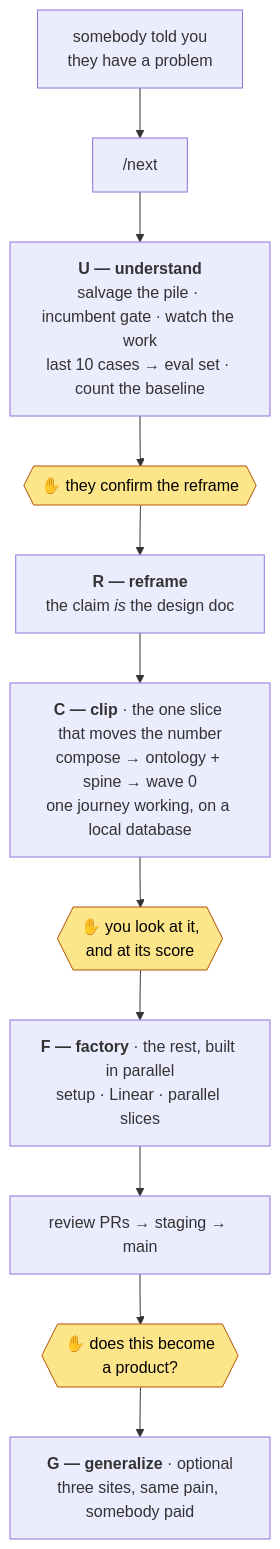
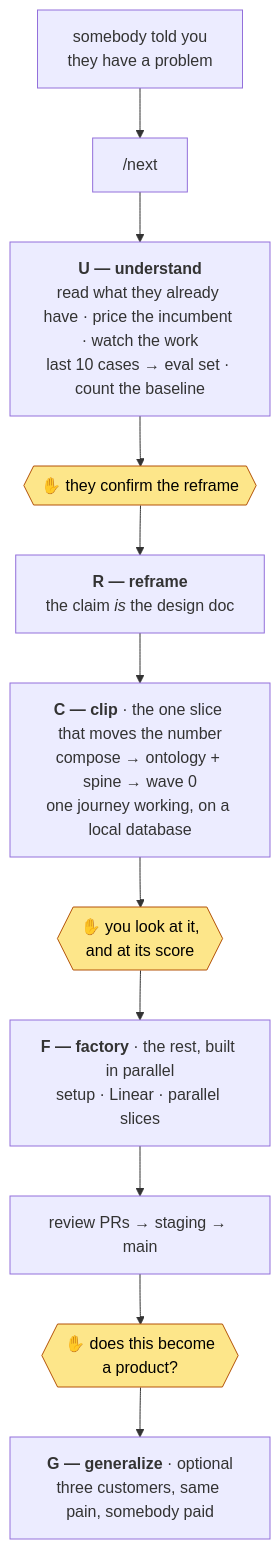
The first of 3 diagrams in README.md (hivinaynair/vipernxt), drawn with Mermaid before and after one commit. The commit also changed other lines of this file, not shown here.

First line of the commit message:
Say what the README is actually for.

````diff
--- a/README.md
+++ b/README.md
@@ -51,17 +57,17 @@
 ```mermaid
 flowchart TD
     IN["somebody told you<br/>they have a problem"] --> N["/next"]
-    N --> U["<b>U — understand</b><br/>salvage the pile · incumbent gate · watch the work<br/>last 10 cases → eval set · count the baseline"]
+    N --> U["<b>U — understand</b><br/>read what they already have · price the incumbent · watch the work<br/>last 10 cases → eval set · count the baseline"]
     U --> G1{{"✋ they confirm the reframe"}}
     G1 --> R["<b>R — reframe</b><br/>the claim <i>is</i> the design doc"]
     R --> C["<b>C — clip</b> · the one slice that moves the number<br/>compose → ontology + spine → wave 0<br/>one journey working, on a local database"]
     C --> G2{{"✋ you look at it,<br/>and at its score"}}
     G2 --> F["<b>F — factory</b> · the rest, built in parallel<br/>setup · Linear · parallel slices"]
     F --> REL["review PRs → staging → main"]
     REL --> G3{{"✋ does this become<br/>a product?"}}
-    G3 --> G["<b>G — generalize</b> · optional<br/>three sites, same pain, somebody paid"]
+    G3 --> G["<b>G — generalize</b> · optional<br/>three customers, same pain, somebody paid"]
 
     style G1 fill:#fde68a,stroke:#b45309,color:#000
     style G2 fill:#fde68a,stroke:#b45309,color:#000
     style G3 fill:#fde68a,stroke:#b45309,color:#000
 ```
````
